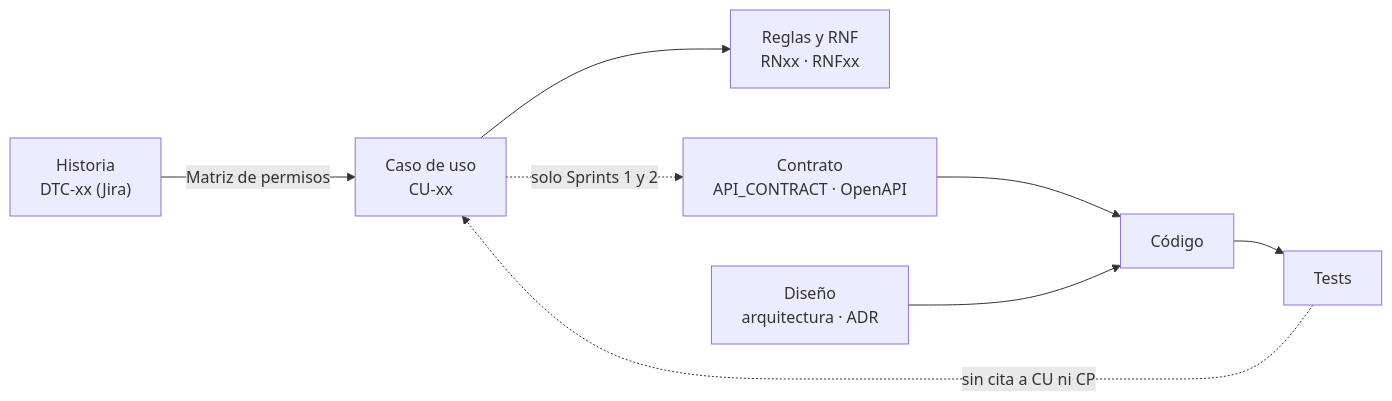
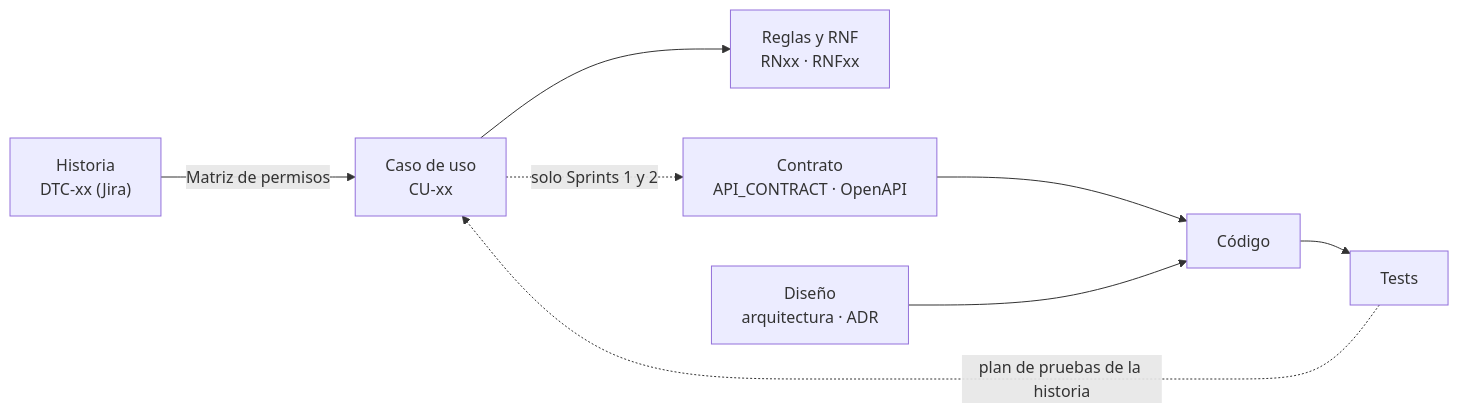
The diagram in docs/seguimiento/analisis-documentacion-sdd.md (MateoCastro304/Sistema-De-Gestion-TC), drawn with Mermaid before and after one commit. The commit also changed other lines of this file and 14 other files, not shown here.

````diff
--- a/docs/seguimiento/analisis-documentacion-sdd.md
+++ b/docs/seguimiento/analisis-documentacion-sdd.md
@@ -32,18 +32,18 @@
 ```mermaid
 flowchart LR
     HU["Historia<br/>DTC-xx (Jira)"]
     CU["Caso de uso<br/>CU-xx"]
     RN["Reglas y RNF<br/>RNxx · RNFxx"]
     CT["Contrato<br/>API_CONTRACT · OpenAPI"]
     DIS["Diseño<br/>arquitectura · ADR"]
     COD["Código"]
     TST["Tests"]
 
     HU -->|Matriz de permisos| CU
     CU --> RN
     CU -.->|solo Sprints 1 y 2| CT
     CT --> COD
     DIS --> COD
     COD --> TST
-    TST -.->|sin cita a CU ni CP| CU
+    TST -.->|plan de pruebas de la historia| CU
 ```
````
